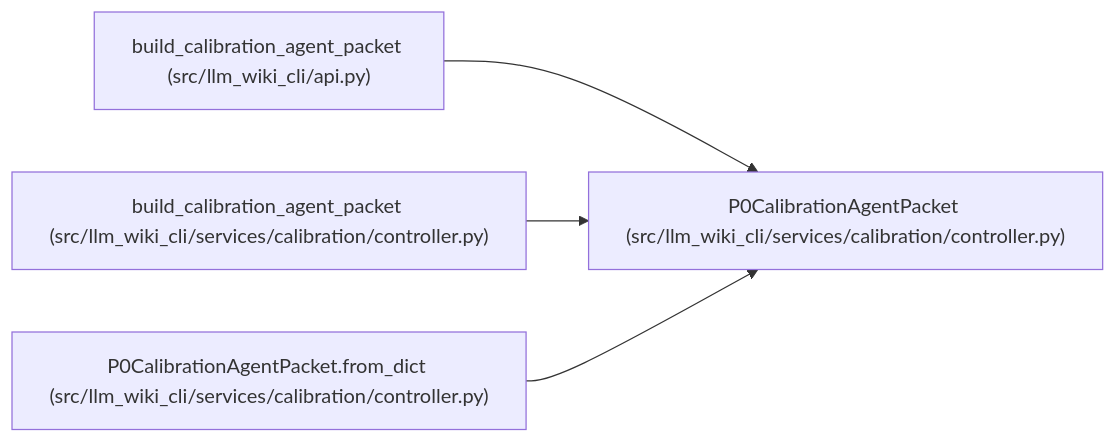
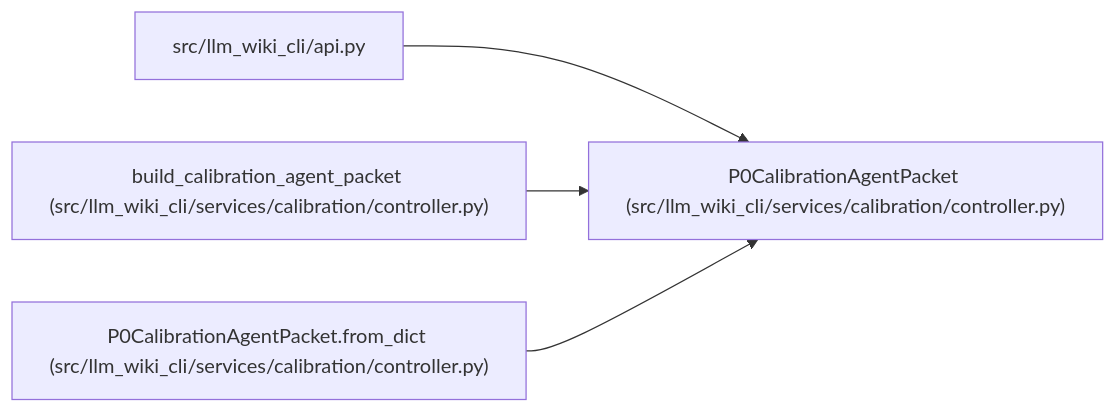
The diagram in docs/llm_wiki/entities/P0CalibrationAgentPacket.md (Denissvgn/python-wiki-llm), drawn with Mermaid before and after one commit. The commit also changed other lines of this file and 631 other files, not shown here.

````diff
--- a/docs/llm_wiki/entities/P0CalibrationAgentPacket.md
+++ b/docs/llm_wiki/entities/P0CalibrationAgentPacket.md
@@ -33,14 +33,14 @@
 ```mermaid
 flowchart LR
     n0["P0CalibrationAgentPacket (src/llm_wiki_cli/services/calibration/controller.py)"]
-    n1["build_calibration_agent_packet (src/llm_wiki_cli/api.py)"]
+    n1["src/llm_wiki_cli/api.py"]
     n2["build_calibration_agent_packet (src/llm_wiki_cli/services/calibration/controller.py)"]
     n3["P0CalibrationAgentPacket.from_dict (src/llm_wiki_cli/services/calibration/controller.py)"]
     n1 --> n0
     n2 --> n0
     n3 --> n0
     click n0 "../modules/controller.md"
     click n1 "../modules/api.md"
     click n2 "../modules/controller.md"
     click n3 "../modules/controller.md"
 ```
````
